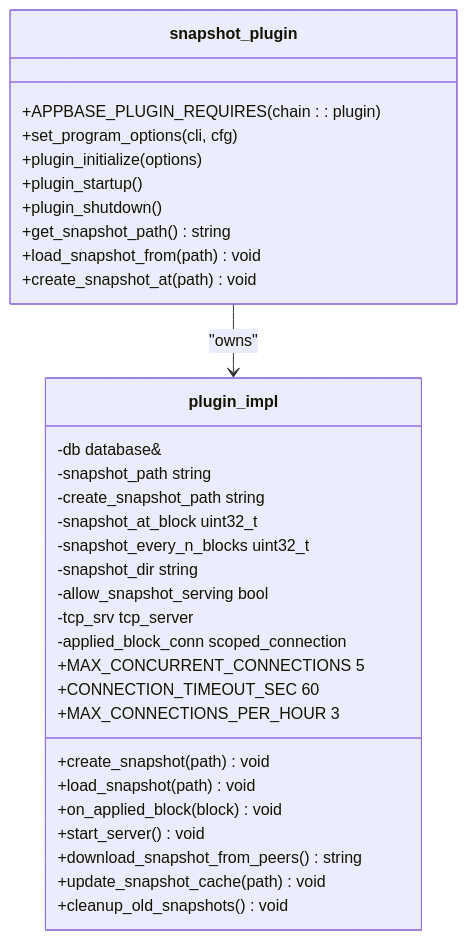
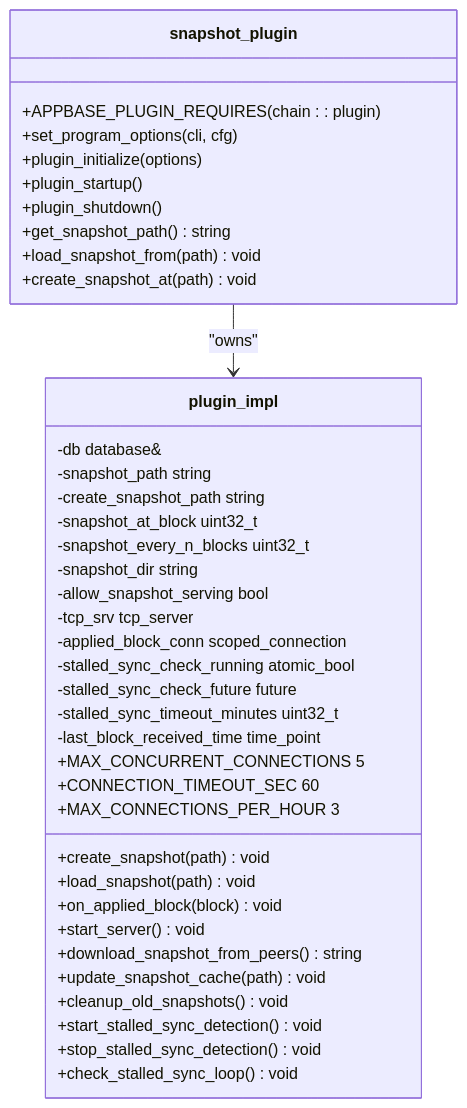
One commit to VIZ-Blockchain/viz-cpp-node changed the third of 33 diagrams in .qoder/repowiki/en/content/Plugin System/Snapshot Plugin System.md. Above: the diagram before and after it, drawn with Mermaid. The commit also changed other lines of this file and 5 other files, not shown here.

````diff
--- a/.qoder/repowiki/en/content/Plugin System/Snapshot Plugin System.md
+++ b/.qoder/repowiki/en/content/Plugin System/Snapshot Plugin System.md
@@ -181,35 +223,42 @@
 ```mermaid
 classDiagram
 class snapshot_plugin {
 +APPBASE_PLUGIN_REQUIRES(chain : : plugin)
 +set_program_options(cli, cfg)
 +plugin_initialize(options)
 +plugin_startup()
 +plugin_shutdown()
 +get_snapshot_path() string
 +load_snapshot_from(path) void
 +create_snapshot_at(path) void
 }
 class plugin_impl {
 -db database&
 -snapshot_path string
 -create_snapshot_path string
 -snapshot_at_block uint32_t
 -snapshot_every_n_blocks uint32_t
 -snapshot_dir string
 -allow_snapshot_serving bool
 -tcp_srv tcp_server
 -applied_block_conn scoped_connection
+-stalled_sync_check_running atomic_bool
+-stalled_sync_check_future future
+-stalled_sync_timeout_minutes uint32_t
+-last_block_received_time time_point
 +create_snapshot(path) void
 +load_snapshot(path) void
 +on_applied_block(block) void
 +start_server() void
 +download_snapshot_from_peers() string
 +update_snapshot_cache(path) void
 +cleanup_old_snapshots() void
++start_stalled_sync_detection() void
++stop_stalled_sync_detection() void
++check_stalled_sync_loop() void
 +MAX_CONCURRENT_CONNECTIONS 5
 +CONNECTION_TIMEOUT_SEC 60
 +MAX_CONNECTIONS_PER_HOUR 3
 }
 snapshot_plugin --> plugin_impl : "owns"
 ```
````
